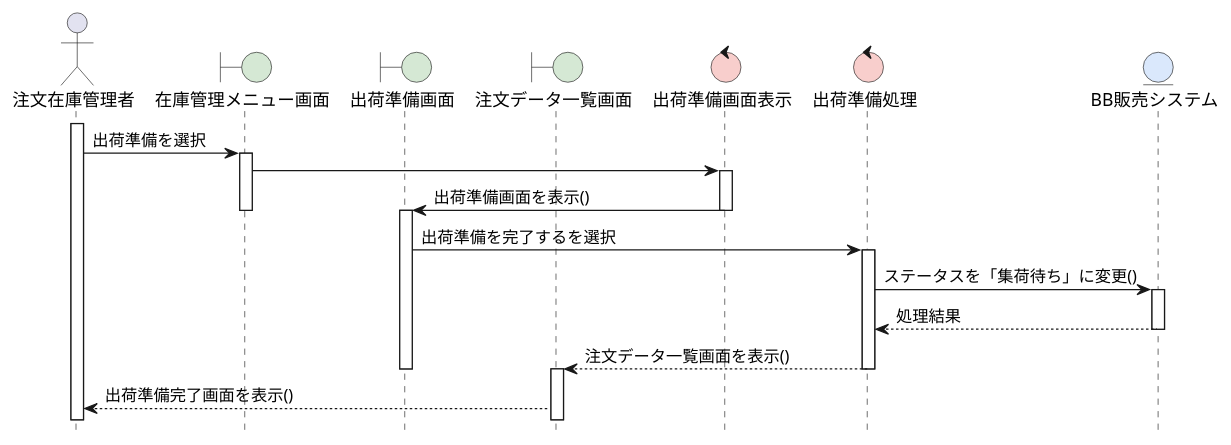
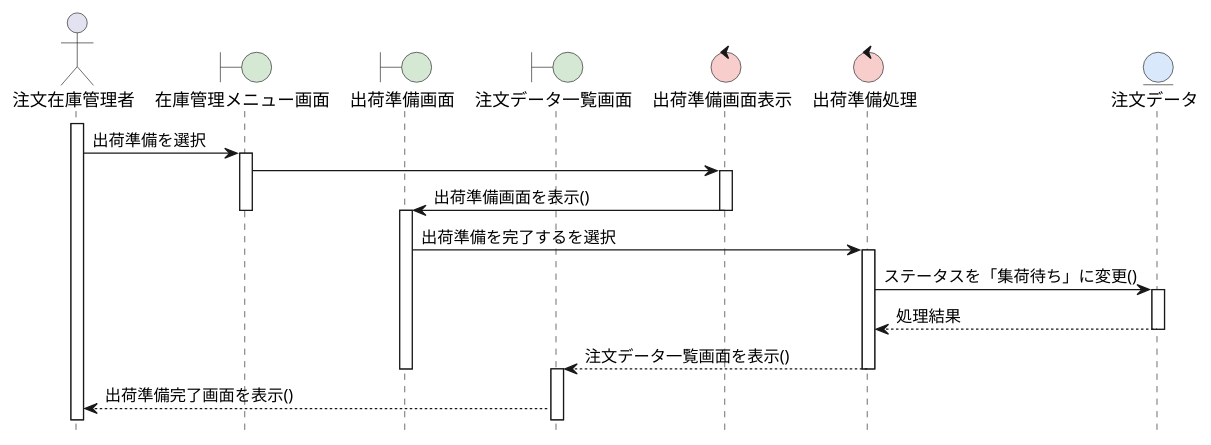
The diagram in BB/sequence_sending.pu (FujikawaHirono0520/group3_1_dogdog), drawn with PlantUML before and after one commit.

```diff
--- a/BB/sequence_sending.pu
+++ b/BB/sequence_sending.pu
@@ -1,45 +1,45 @@
 @startuml .
 
 hide footbox
 skinparam BoundaryBackgroundColor #D5E8D4
 skinparam ControlBackgroundColor #F8CECC
 skinparam EntityBackgroundColor #DAE8FC
 
 actor 注文在庫管理者 as Admin
 boundary 在庫管理メニュー画面 as Menu
 boundary 出荷準備画面 as Sending
 boundary 注文データ一覧画面 as List
 control 出荷準備画面表示 as Display
 control 出荷準備処理 as Process
-entity BB販売システム as System
-' database 注文データテーブル as OrderDB?
+' entity BB販売システム as System
+entity 注文データ as OrderDB
 
 activate Admin
 Admin -> Menu: 出荷準備を選択
 
 activate Menu
 Menu -> Display
 
 activate Display
 Display -> Sending: 出荷準備画面を表示()
 deactivate Menu
 deactivate Display
 
 activate Sending
 Sending -> Process: 出荷準備を完了するを選択
 
 activate Process
-Process -> System: ステータスを「集荷待ち」に変更()
+Process -> OrderDB: ステータスを「集荷待ち」に変更()
 
-activate System
-System --> Process: 処理結果
-deactivate System
+activate OrderDB
+OrderDB --> Process: 処理結果
+deactivate OrderDB
 
 Process --> List: 注文データ一覧画面を表示()
 deactivate Process
 
 activate List
 deactivate Sending
 List --> Admin: 出荷準備完了画面を表示()
 
 @enduml
```
